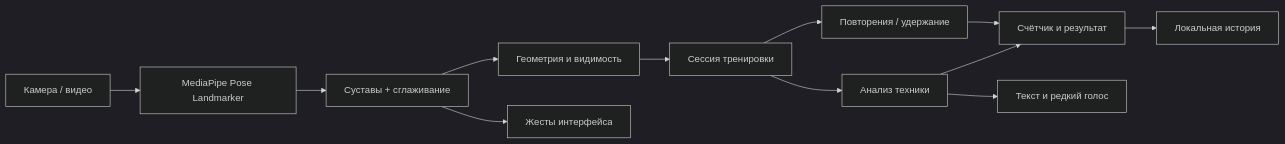
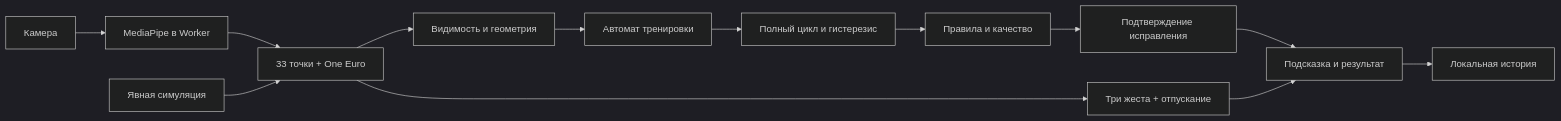
The diagram in README.md (ovverage/zerkalo), drawn with Mermaid (dark theme) before and after one commit. The commit also changed other lines of this file and 12 other files, not shown here.

````diff
--- a/README.md
+++ b/README.md
@@ -92,14 +118,15 @@
 ```mermaid
 flowchart LR
-    Camera["Камера / видео"] --> Detector["MediaPipe Pose Landmarker"]
-    Detector --> Body["Суставы + сглаживание"]
-    Body --> Metrics["Геометрия и видимость"]
-    Metrics --> Session["Сессия тренировки"]
-    Session --> Reps["Повторения / удержание"]
-    Session --> Rules["Анализ техники"]
-    Reps --> UI["Счётчик и результат"]
-    Rules --> UI
-    Rules --> Coach["Текст и редкий голос"]
-    Body --> Gestures["Жесты интерфейса"]
-    UI --> History["Локальная история"]
+  Camera[Камера] --> MP[MediaPipe в Worker]
+  MP --> Body[33 точки + One Euro]
+  Sim[Явная симуляция] --> Body
+  Body --> Visibility[Видимость и геометрия]
+  Visibility --> Session[Автомат тренировки]
+  Session --> Rep[Полный цикл и гистерезис]
+  Rep --> Rules[Правила и качество]
+  Rules --> Fix[Подтверждение исправления]
+  Fix --> UI[Подсказка и результат]
+  Body --> Gestures[Три жеста + отпускание]
+  Gestures --> UI
+  UI --> Local[Локальная история]
 ```
````
